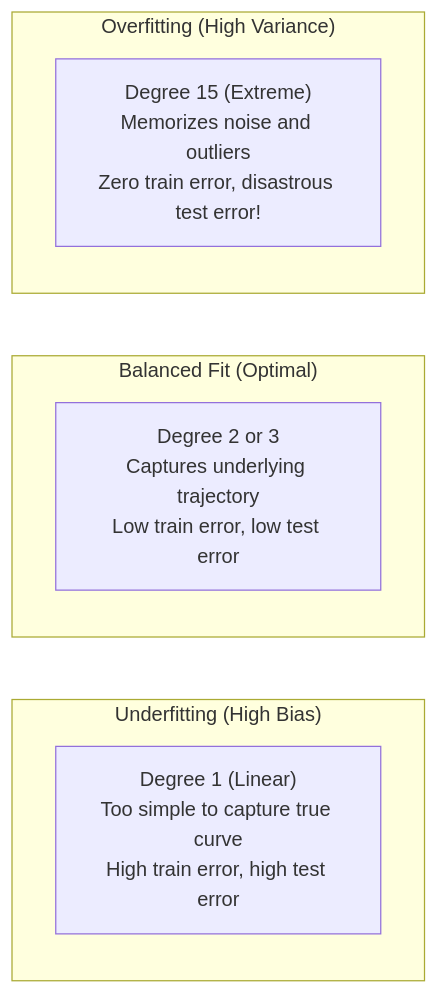
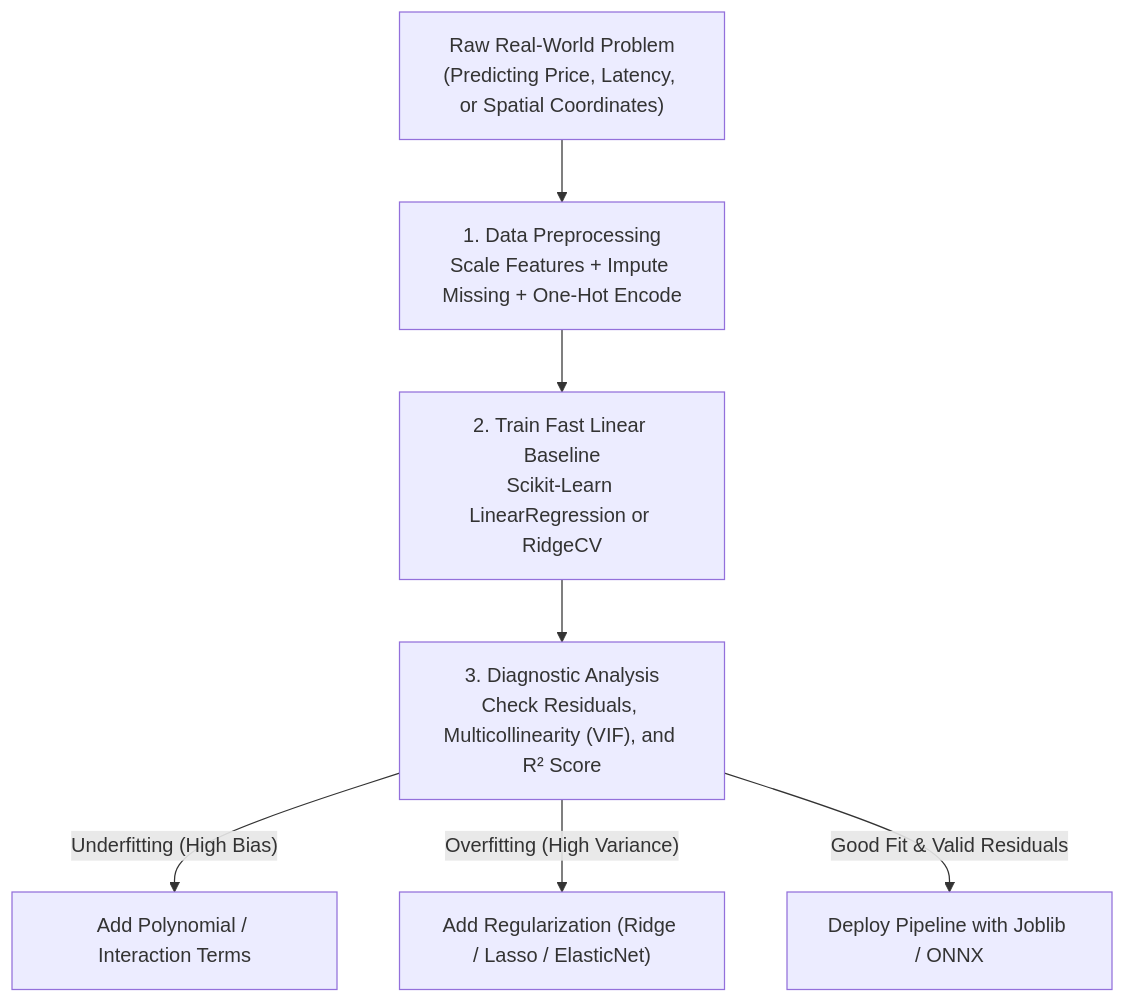
One commit to jashu-16/cv_engineering changed the first of 10 diagrams in docs/01-machine-learning-foundations/level-05-regression.md. Above: the diagram before and after it, drawn with Mermaid. The commit also changed other lines of this file and 22 other files, not shown here.

````diff
--- a/docs/01-machine-learning-foundations/level-05-regression.md
+++ b/docs/01-machine-learning-foundations/level-05-regression.md
@@ -151,17 +53,12 @@
 ```mermaid
-flowchart LR
-    subgraph Under["Underfitting (High Bias)"]
-        direction TB
-        U["Degree 1 (Linear)\nToo simple to capture true curve\nHigh train error, high test error"]
-    end
-
-    subgraph Optimal["Balanced Fit (Optimal)"]
-        direction TB
-        O["Degree 2 or 3\nCaptures underlying trajectory\nLow train error, low test error"]
-    end
-
-    subgraph Over["Overfitting (High Variance)"]
-        direction TB
-        OV["Degree 15 (Extreme)\nMemorizes noise and outliers\nZero train error, disastrous test error!"]
-    end
+flowchart TD
+    Raw["Raw Real-World Problem\n(Predicting Price, Latency, or Spatial Coordinates)"]
+    
+    Raw --> Pre["1. Data Preprocessing\nScale Features + Impute Missing + One-Hot Encode"]
+    Pre --> Baseline["2. Train Fast Linear Baseline\nScikit-Learn LinearRegression or RidgeCV"]
+    Baseline --> Diag["3. Diagnostic Analysis\nCheck Residuals, Multicollinearity (VIF), and R² Score"]
+    
+    Diag -->|"Underfitting (High Bias)"| Poly["Add Polynomial / Interaction Terms"]
+    Diag -->|"Overfitting (High Variance)"| Reg["Add Regularization (Ridge / Lasso / ElasticNet)"]
+    Diag -->|"Good Fit & Valid Residuals"| Prod["Deploy Pipeline with Joblib / ONNX"]
 ```
````
